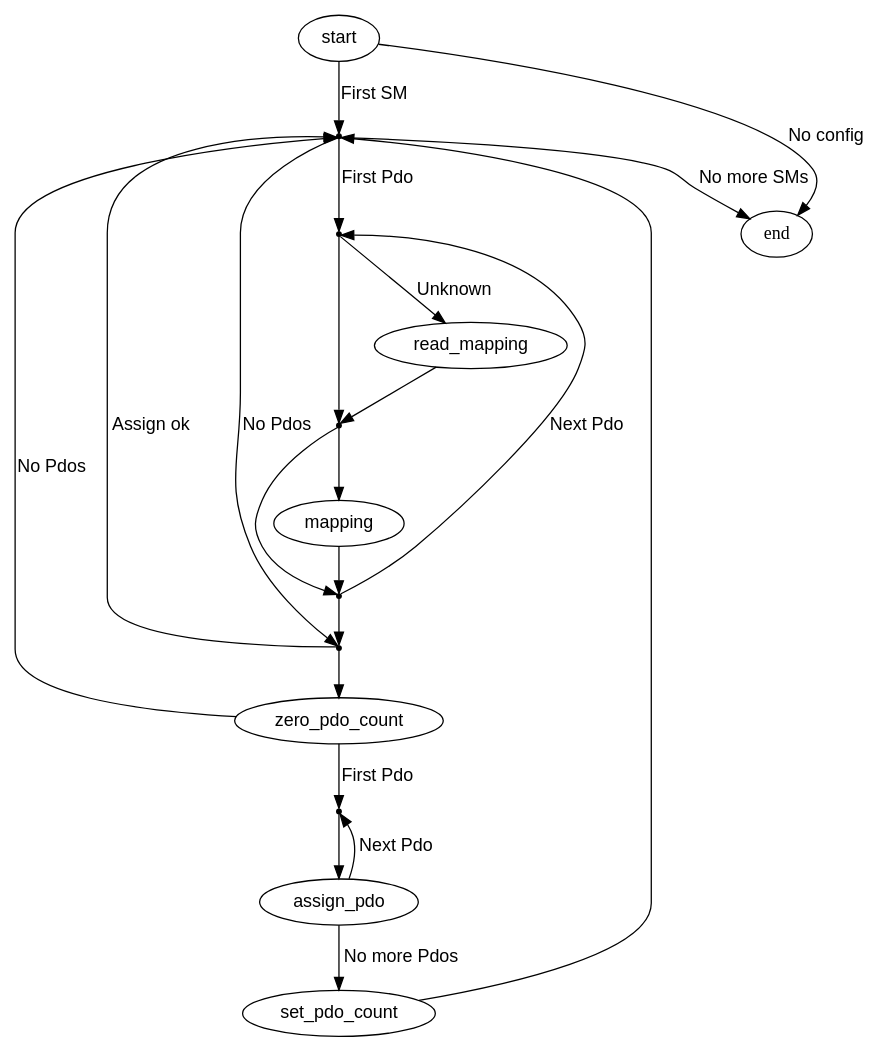
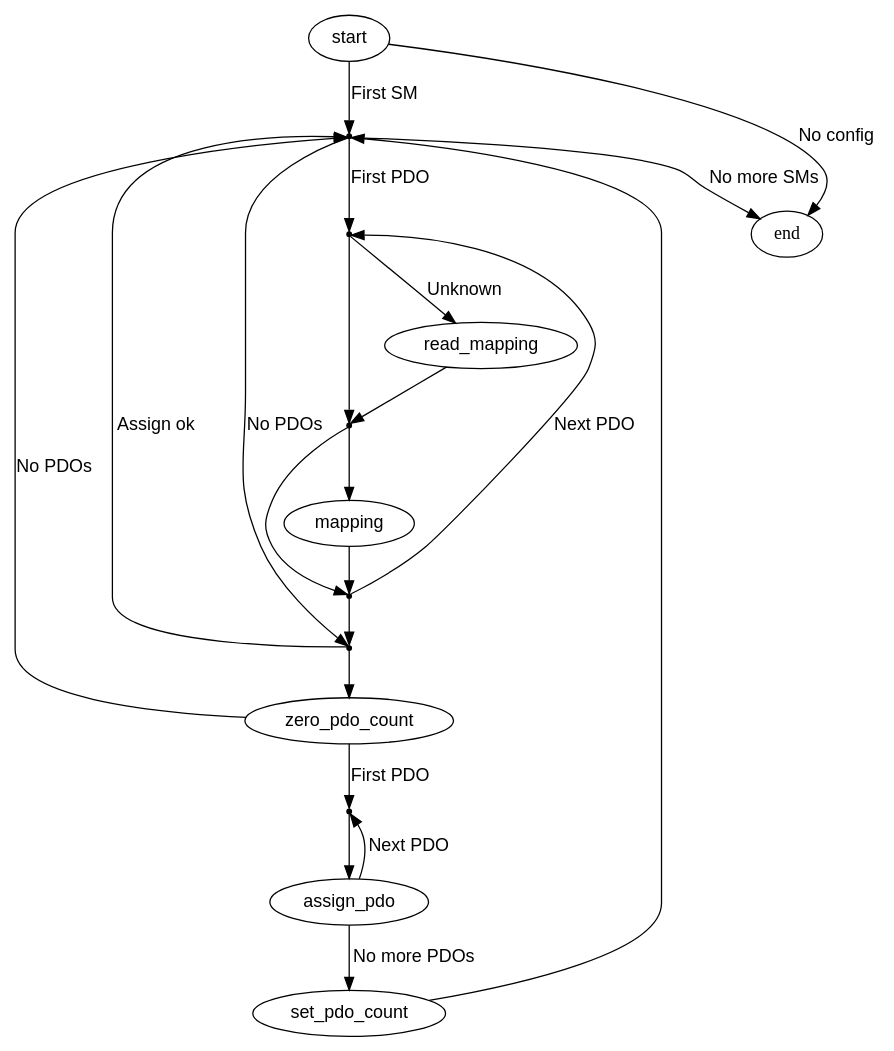
Before and after one commit to ribalda/ethercat: the diagram in documentation/graphs/fsm_pdo_conf.dot, drawn with Graphviz. The commit also changed 68 other files, not shown here.

```diff
--- a/documentation/graphs/fsm_pdo_conf.dot
+++ b/documentation/graphs/fsm_pdo_conf.dot
@@ -1,51 +1,51 @@
 
 /* $Id$ */
 
 digraph pdo_conf {
 
     start [fontname="Helvetica"]
     start -> action_next_sync [fontname="Helvetica",label="First SM",weight=10]
     start -> end [fontname="Helvetica",label="No config"]
 
     action_next_sync [shape=point,label=""]
-    action_next_sync -> action_check_assignment [fontname="Helvetica",label="No Pdos"]
-    action_next_sync -> action_pdo_mapping [fontname="Helvetica",label="First Pdo",weight=10]
+    action_next_sync -> action_check_assignment [fontname="Helvetica",label="No PDOs"]
+    action_next_sync -> action_pdo_mapping [fontname="Helvetica",label="First PDO",weight=10]
     action_next_sync -> end [fontname="Helvetica",label="No more SMs"]
 
     action_pdo_mapping [shape=point,label=""]
     action_pdo_mapping -> read_mapping [fontname="Helvetica",label="Unknown"]
     action_pdo_mapping -> action_check_mapping [weight=10]
 
     read_mapping [fontname="Helvetica"]
     read_mapping -> action_check_mapping
 
     action_check_mapping [shape=point,label=""]
     action_check_mapping -> action_next_pdo_mapping
     action_check_mapping -> mapping [weight=10]
 
     mapping [fontname="Helvetica"]
     mapping -> action_next_pdo_mapping [weight=10]
 
     action_next_pdo_mapping [shape=point,label=""]
     action_next_pdo_mapping -> action_check_assignment [weight=10]
     action_next_pdo_mapping -> action_pdo_mapping
-    [fontname="Helvetica",label="Next Pdo"]
+    [fontname="Helvetica",label="Next PDO"]
 
     action_check_assignment [shape=point,label=""]
     action_check_assignment -> action_next_sync [fontname="Helvetica",label="Assign ok"]
     action_check_assignment -> zero_pdo_count [weight=10]
 
     zero_pdo_count [fontname="Helvetica"]
-    zero_pdo_count -> action_next_sync [fontname="Helvetica",label="No Pdos"]
-    zero_pdo_count -> action_assign_pdo [fontname="Helvetica",label="First Pdo", weight=10]
+    zero_pdo_count -> action_next_sync [fontname="Helvetica",label="No PDOs"]
+    zero_pdo_count -> action_assign_pdo [fontname="Helvetica",label="First PDO", weight=10]
 
     action_assign_pdo [shape=point,label=""]
     action_assign_pdo -> assign_pdo [weight=10]
 
     assign_pdo [fontname="Helvetica"]
-    assign_pdo -> set_pdo_count [fontname="Helvetica",label="No more Pdos", weight=10]
-    assign_pdo -> action_assign_pdo [fontname="Helvetica",label="Next Pdo"]
+    assign_pdo -> set_pdo_count [fontname="Helvetica",label="No more PDOs", weight=10]
+    assign_pdo -> action_assign_pdo [fontname="Helvetica",label="Next PDO"]
 
     set_pdo_count [fontname="Helvetica"]
     set_pdo_count -> action_next_sync
 }
```
